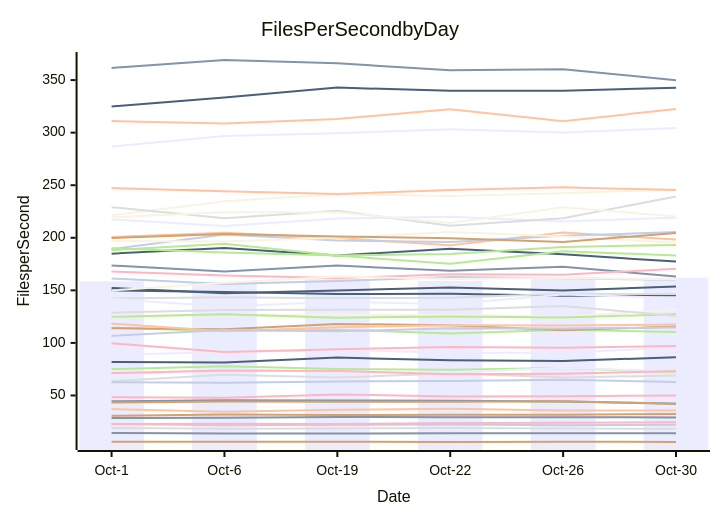
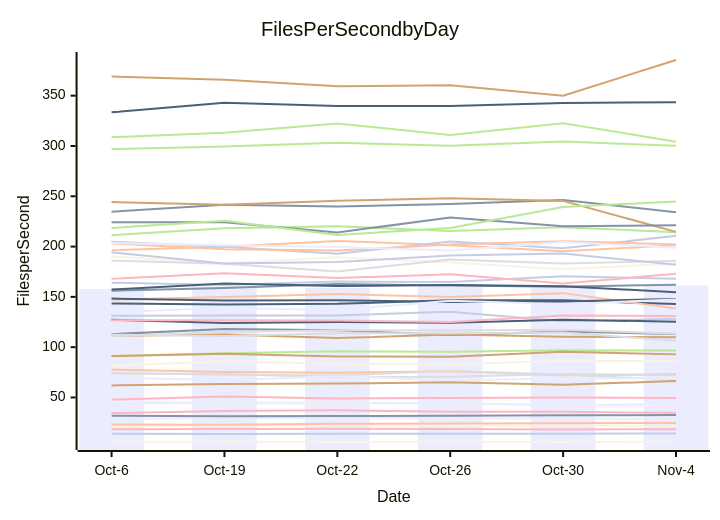
The diagram in perf-report.md (streetsidesoftware/cspell), drawn with Mermaid before and after one commit. The commit also changed other lines of this file and 1 other file, not shown here.

````diff
--- a/perf-report.md
+++ b/perf-report.md
@@ -10,57 +10,57 @@
 ```mermaid
 xychart-beta
     title Files Per Second by Day
     y-axis Files per Second
-    x-axis Date [Oct-1, Oct-6, Oct-19, Oct-22, Oct-26, Oct-30]
-    bar [158.54, 157.78, 160.58, 159.03, 162.88, 161.94]
-    line [14.24, 13.86, 13.81, 14.01, 14.02, 13.97]
-    line [200.83, 204.79, 199.89, 192.85, 204.98, 198.27]
-    line [63.55, 69.72, 67.05, 71.08, 67.00, 69.09]
-    line [114.39, 111.42, 112.56, 109.04, 112.63, 110.40]
-    line [5.92, 6.00, 6.02, 5.75, 6.03, 5.80]
-    line [22.93, 21.69, 22.11, 22.28, 21.78, 22.12]
-    line [22.85, 23.16, 22.78, 23.92, 24.17, 24.43]
-    line [150.02, 148.37, 146.50, 146.67, 144.85, 145.45]
-    line [125.90, 126.66, 126.74, 126.46, 125.04, 131.49]
-    line [88.83, 91.13, 93.37, 90.70, 90.60, 95.53]
-    line [44.41, 45.48, 45.18, 45.07, 44.31, 42.25]
-    line [37.04, 34.53, 36.49, 37.33, 35.82, 35.71]
-    line [18.99, 18.38, 18.69, 19.00, 18.63, 18.25]
-    line [124.85, 127.28, 123.99, 125.15, 124.19, 127.28]
-    line [113.99, 112.94, 118.00, 116.85, 112.16, 115.50]
-    line [62.65, 62.01, 63.29, 63.79, 65.07, 62.75]
-    line [99.59, 91.34, 93.97, 96.00, 95.45, 97.05]
-    line [324.92, 333.43, 342.86, 339.81, 339.82, 342.79]
-    line [221.42, 234.66, 241.48, 239.78, 242.41, 246.20]
-    line [217.51, 211.32, 218.31, 220.10, 215.49, 219.14]
-    line [173.65, 167.92, 173.59, 168.67, 172.42, 163.25]
-    line [118.39, 111.00, 115.01, 116.88, 116.53, 117.43]
-    line [229.06, 218.48, 225.66, 211.47, 218.53, 239.32]
-    line [75.07, 77.78, 75.28, 74.51, 76.18, 72.03]
-    line [30.62, 31.79, 31.44, 31.67, 31.78, 32.41]
-    line [189.24, 203.08, 197.32, 196.05, 201.96, 205.39]
-    line [168.02, 164.09, 161.71, 165.23, 164.80, 170.61]
-    line [184.88, 190.21, 183.26, 189.47, 184.23, 177.36]
-    line [197.08, 196.39, 199.93, 205.59, 201.31, 195.27]
-    line [69.38, 74.54, 72.64, 71.96, 76.44, 72.80]
-    line [28.67, 28.81, 29.58, 29.31, 29.41, 29.14]
-    line [311.05, 308.73, 313.03, 322.37, 310.93, 322.55]
-    line [142.24, 143.38, 142.44, 143.06, 146.69, 146.59]
-    line [190.16, 185.98, 183.04, 175.20, 187.18, 183.23]
-    line [199.85, 203.55, 201.34, 199.55, 196.07, 204.60]
-    line [106.75, 112.35, 111.02, 113.95, 113.80, 114.69]
-    line [71.27, 73.77, 73.27, 70.11, 70.57, 73.22]
-    line [152.29, 147.14, 149.81, 152.74, 149.93, 153.73]
-    line [219.58, 224.28, 224.21, 213.97, 229.01, 220.21]
-    line [286.74, 296.93, 299.41, 303.13, 300.22, 304.34]
-    line [361.56, 369.11, 365.93, 359.34, 360.33, 349.95]
-    line [247.38, 244.34, 241.58, 245.56, 247.95, 245.41]
-    line [128.76, 131.24, 131.49, 131.59, 135.21, 125.70]
-    line [188.26, 194.31, 183.18, 184.56, 191.17, 193.23]
-    line [43.36, 44.34, 44.15, 44.08, 44.42, 42.24]
-    line [161.21, 156.12, 158.95, 162.77, 161.40, 160.02]
-    line [48.37, 47.88, 50.97, 49.03, 49.37, 49.99]
-    line [81.78, 81.41, 86.03, 83.62, 82.78, 86.40]
-    line [149.87, 157.33, 163.29, 160.80, 161.82, 160.48]
-    line [141.74, 134.66, 139.08, 136.76, 146.14, 142.74]
+    x-axis Date [Oct-6, Oct-19, Oct-22, Oct-26, Oct-30, Nov-4]
+    bar [157.78, 160.58, 159.03, 162.88, 161.94, 161.43]
+    line [112.94, 118.00, 116.85, 112.16, 115.50, 113.03]
+    line [77.78, 75.28, 74.51, 76.18, 72.03, 73.04]
+    line [74.54, 72.64, 71.96, 76.44, 72.80, 67.36]
+    line [91.34, 93.97, 96.00, 95.45, 97.05, 96.58]
+    line [111.42, 112.56, 109.04, 112.63, 110.40, 109.96]
+    line [164.09, 161.71, 165.23, 164.80, 170.61, 167.92]
+    line [34.53, 36.49, 37.33, 35.82, 35.71, 34.75]
+    line [333.43, 342.86, 339.81, 339.82, 342.79, 343.52]
+    line [45.48, 45.18, 45.07, 44.31, 42.25, 42.22]
+    line [44.34, 44.15, 44.08, 44.42, 42.24, 43.80]
+    line [234.66, 241.48, 239.78, 242.41, 246.20, 234.18]
+    line [196.39, 199.93, 205.59, 201.31, 195.27, 201.40]
+    line [73.77, 73.27, 70.11, 70.57, 73.22, 72.00]
+    line [296.93, 299.41, 303.13, 300.22, 304.34, 300.27]
+    line [91.13, 93.37, 90.70, 90.60, 95.53, 92.85]
+    line [131.24, 131.49, 131.59, 135.21, 125.70, 128.28]
+    line [167.92, 173.59, 168.67, 172.42, 163.25, 172.96]
+    line [143.38, 142.44, 143.06, 146.69, 146.59, 142.85]
+    line [190.21, 183.26, 189.47, 184.23, 177.36, 183.28]
+    line [28.81, 29.58, 29.31, 29.41, 29.14, 28.79]
+    line [156.12, 158.95, 162.77, 161.40, 160.02, 162.13]
+    line [147.14, 149.81, 152.74, 149.93, 153.73, 138.49]
+    line [185.98, 183.04, 175.20, 187.18, 183.23, 185.65]
+    line [211.32, 218.31, 220.10, 215.49, 219.14, 214.34]
+    line [244.34, 241.58, 245.56, 247.95, 245.41, 214.62]
+    line [204.79, 199.89, 192.85, 204.98, 198.27, 210.67]
+    line [47.88, 50.97, 49.03, 49.37, 49.99, 49.38]
+    line [148.37, 146.50, 146.67, 144.85, 145.45, 147.84]
+    line [6.00, 6.02, 5.75, 6.03, 5.80, 6.04]
+    line [69.72, 67.05, 71.08, 67.00, 69.09, 68.87]
+    line [31.79, 31.44, 31.67, 31.78, 32.41, 32.47]
+    line [203.08, 197.32, 196.05, 201.96, 205.39, 202.19]
+    line [111.00, 115.01, 116.88, 116.53, 117.43, 113.41]
+    line [308.73, 313.03, 322.37, 310.93, 322.55, 304.30]
+    line [62.01, 63.29, 63.79, 65.07, 62.75, 66.34]
+    line [13.86, 13.81, 14.01, 14.02, 13.97, 14.20]
+    line [18.38, 18.69, 19.00, 18.63, 18.25, 18.34]
+    line [127.28, 123.99, 125.15, 124.19, 127.28, 125.31]
+    line [21.69, 22.11, 22.28, 21.78, 22.12, 21.85]
+    line [203.55, 201.34, 199.55, 196.07, 204.60, 198.80]
+    line [224.28, 224.21, 213.97, 229.01, 220.21, 221.13]
+    line [23.16, 22.78, 23.92, 24.17, 24.43, 24.74]
+    line [112.35, 111.02, 113.95, 113.80, 114.69, 106.43]
+    line [218.48, 225.66, 211.47, 218.53, 239.32, 244.79]
+    line [369.11, 365.93, 359.34, 360.33, 349.95, 385.46]
+    line [194.31, 183.18, 184.56, 191.17, 193.23, 181.87]
+    line [126.66, 126.74, 126.46, 125.04, 131.49, 130.97]
+    line [157.33, 163.29, 160.80, 161.82, 160.48, 154.63]
+    line [81.41, 86.03, 83.62, 82.78, 86.40, 86.30]
+    line [134.66, 139.08, 136.76, 146.14, 142.74, 147.50]
 ```
````
